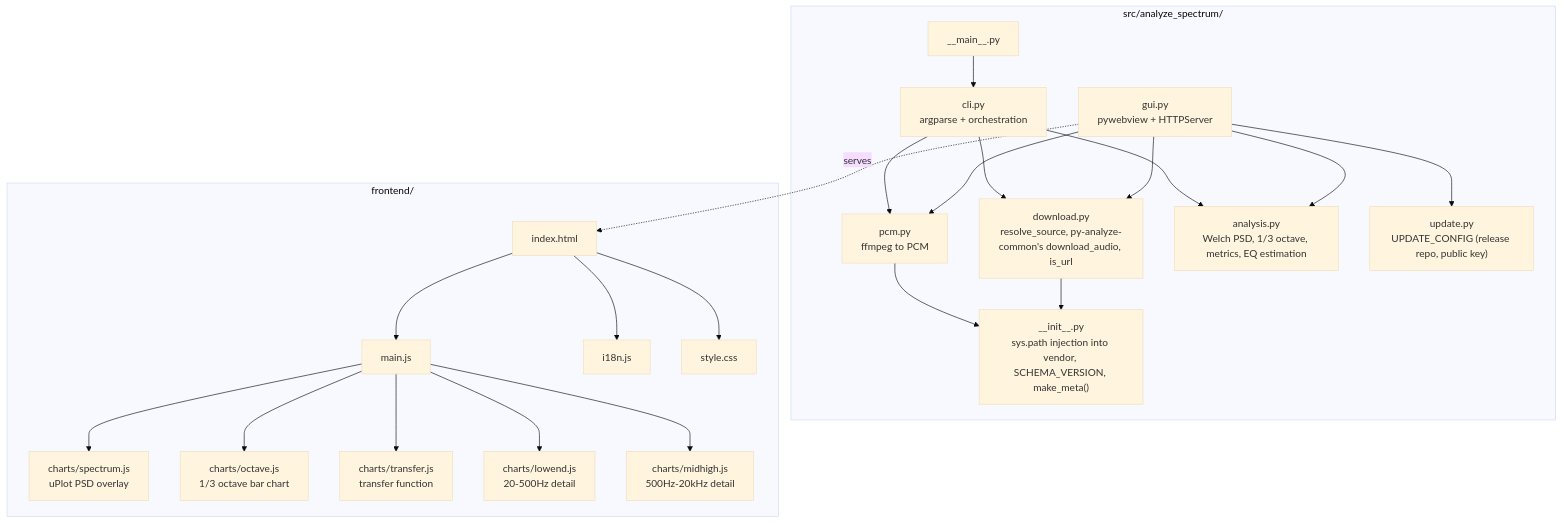
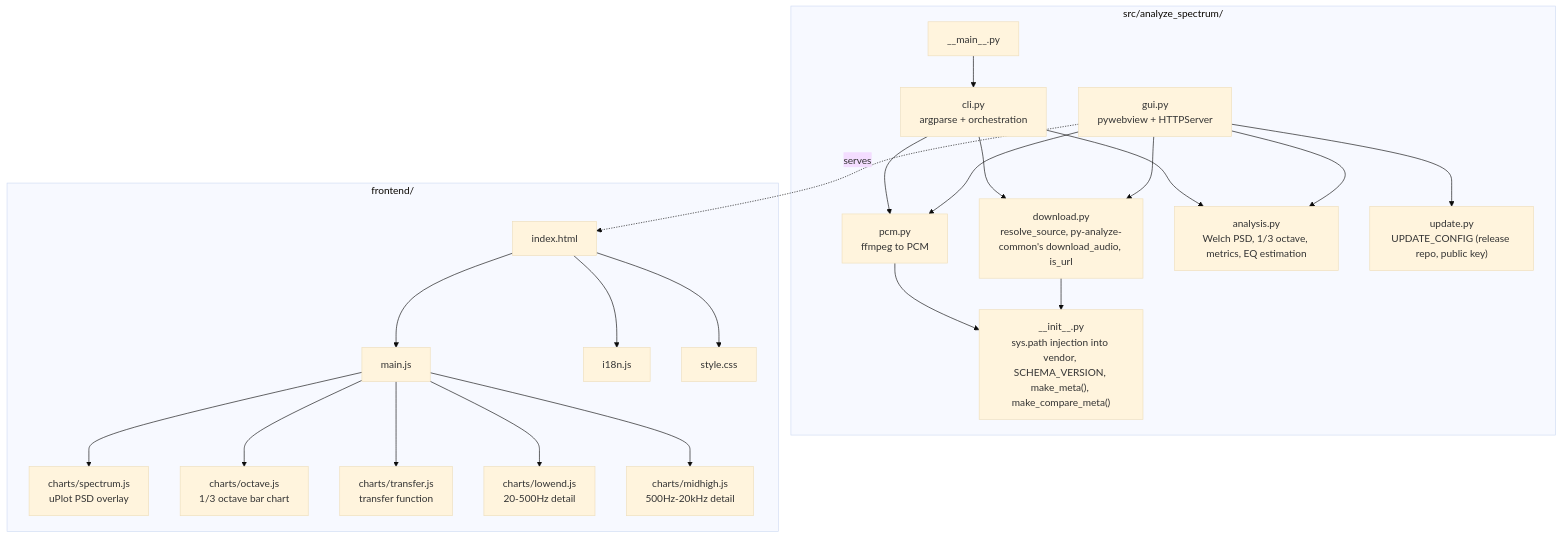
Before and after one commit to semnil/analyze-spectrum: the second of 18 diagrams in docs/architecture.md, drawn with Mermaid (base theme). The commit also changed other lines of this file and 10 other files, not shown here.

````diff
--- a/docs/architecture.md
+++ b/docs/architecture.md
@@ -40,45 +40,45 @@
 ```mermaid
 graph TD
     subgraph "src/analyze_spectrum/"
-        INIT["__init__.py<br>sys.path injection into vendor, SCHEMA_VERSION, make_meta()"]
+        INIT["__init__.py<br>sys.path injection into vendor, SCHEMA_VERSION, make_meta(), make_compare_meta()"]
         MAIN["__main__.py"]
         CLI["cli.py<br>argparse + orchestration"]
         GUI["gui.py<br>pywebview + HTTPServer"]
         DL["download.py<br>resolve_source, py-analyze-common's download_audio, is_url"]
         PCM["pcm.py<br>ffmpeg to PCM"]
         ANA["analysis.py<br>Welch PSD, 1/3 octave, metrics, EQ estimation"]
         UPD["update.py<br>UPDATE_CONFIG (release repo, public key)"]
     end
 
     subgraph "frontend/"
         HTML["index.html"]
         JS["main.js"]
         I18N["i18n.js"]
         CSS["style.css"]
         SP["charts/spectrum.js<br>uPlot PSD overlay"]
         OC["charts/octave.js<br>1/3 octave bar chart"]
         TF["charts/transfer.js<br>transfer function"]
         LE["charts/lowend.js<br>20-500Hz detail"]
         MH["charts/midhigh.js<br>500Hz-20kHz detail"]
     end
 
     MAIN --> CLI
     CLI --> DL
     CLI --> PCM
     CLI --> ANA
     GUI --> DL
     GUI --> PCM
     GUI --> ANA
     GUI --> UPD
     GUI -.->|"serves"| HTML
     HTML --> JS
     HTML --> I18N
     HTML --> CSS
     JS --> SP
     JS --> OC
     JS --> TF
     JS --> LE
     JS --> MH
     PCM --> INIT
     DL --> INIT
 ```
````
